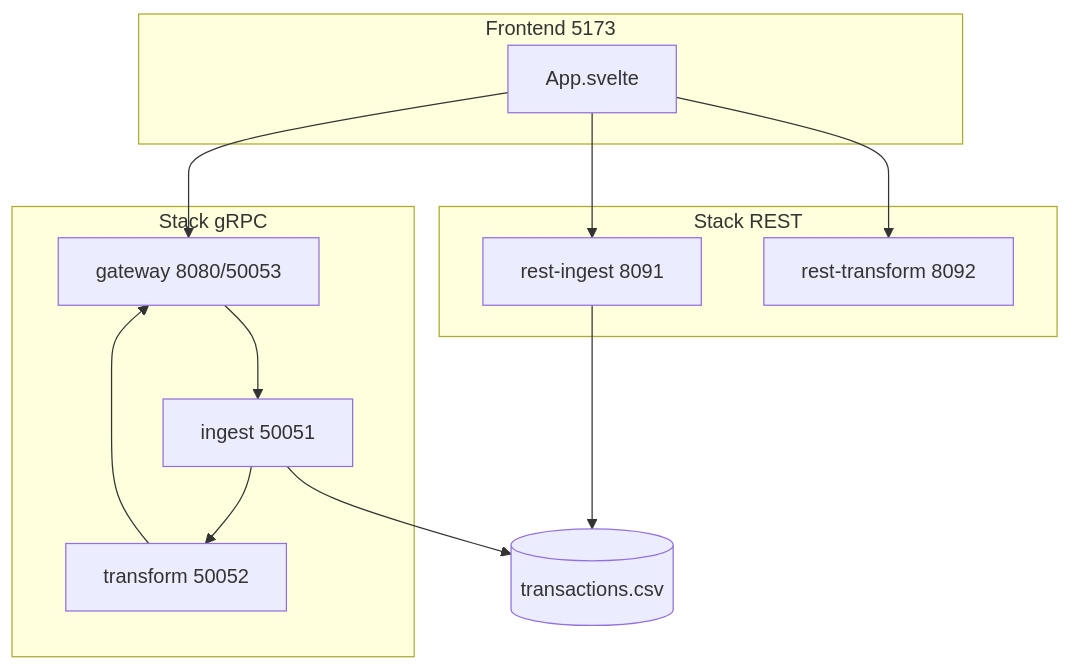
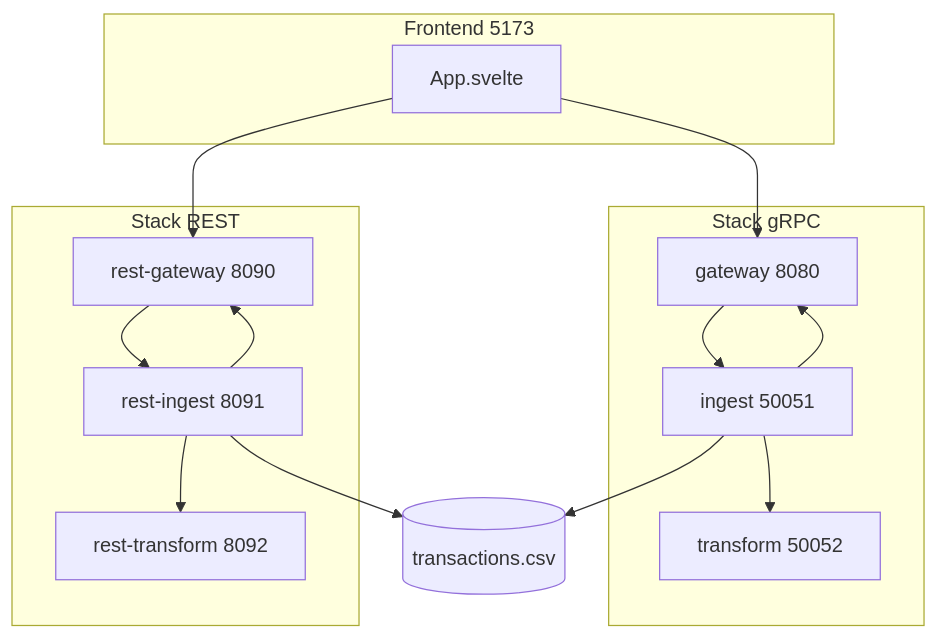
Before and after one commit to cccg8105/cccg_grpc_demo: the first of 4 diagrams in docs/DESCRIPCION_TECNICA.md, drawn with Mermaid. The commit also changed other lines of this file and 46 other files, not shown here.

````diff
--- a/docs/DESCRIPCION_TECNICA.md
+++ b/docs/DESCRIPCION_TECNICA.md
@@ -30,28 +30,31 @@
 ```mermaid
 flowchart TB
   subgraph ui [Frontend 5173]
     App[App.svelte]
   end
 
   subgraph grpcStack [Stack gRPC]
-    GW[gateway 8080/50053]
+    GW[gateway 8080]
     ING[ingest 50051]
     TRF[transform 50052]
   end
 
   subgraph restStack [Stack REST]
+    RGW[rest-gateway 8090]
     RI[rest-ingest 8091]
     RT[rest-transform 8092]
   end
 
   DATA[(transactions.csv)]
 
   App --> GW
-  App --> RI
-  App --> RT
+  App --> RGW
   GW --> ING
   ING --> TRF
-  TRF --> GW
+  ING --> GW
+  RGW --> RI
+  RI --> RT
+  RI --> RGW
   ING --> DATA
   RI --> DATA
 ```
````
